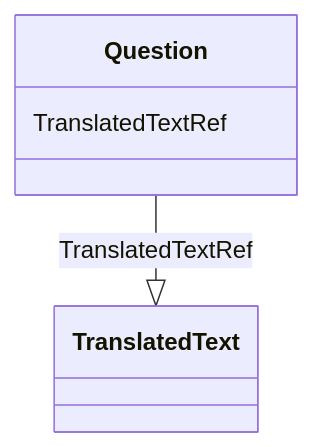
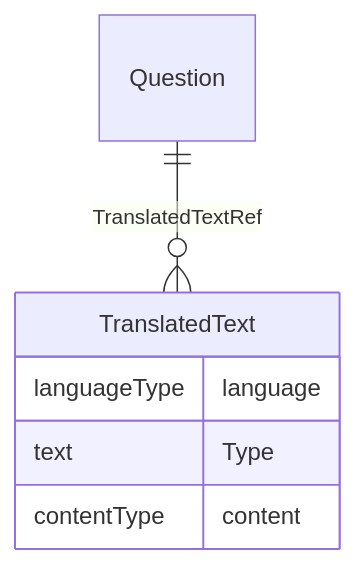
One commit to cdisc-org/DataExchange-ODM-LinkML changed the diagram in docs/Question.md. Above: the diagram before and after it, drawn with Mermaid. The commit also changed other lines of this file and 181 other files, not shown here.

Commit message:
ER diagrams working via templates and removing names with underscores

````diff
--- a/docs/Question.md
+++ b/docs/Question.md
@@ -14,9 +11,14 @@
 ```mermaid
- classDiagram
-    class Question
-      Question : TranslatedTextRef
-        
-          Question --|> TranslatedText : TranslatedTextRef
-        
-      
+erDiagram
+Question {
+
+}
+TranslatedText {
+    languageType language  
+    text Type  
+    contentType content  
+}
+
+Question ||--}o TranslatedText : "TranslatedTextRef"
+
 ```
````
